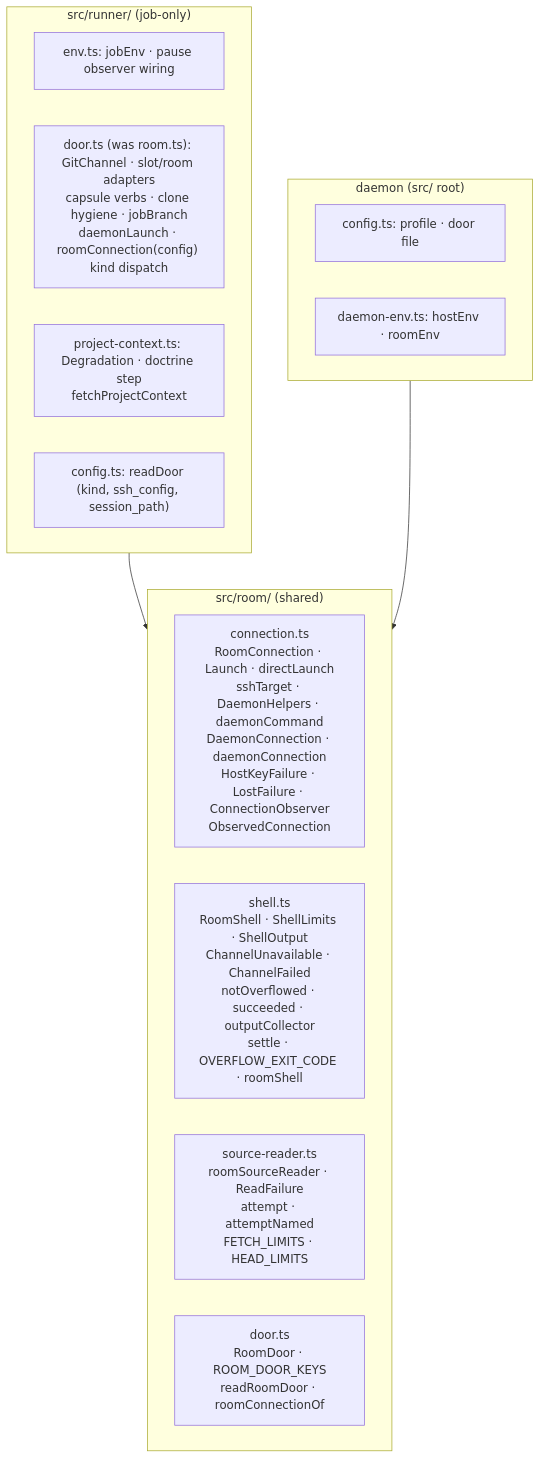
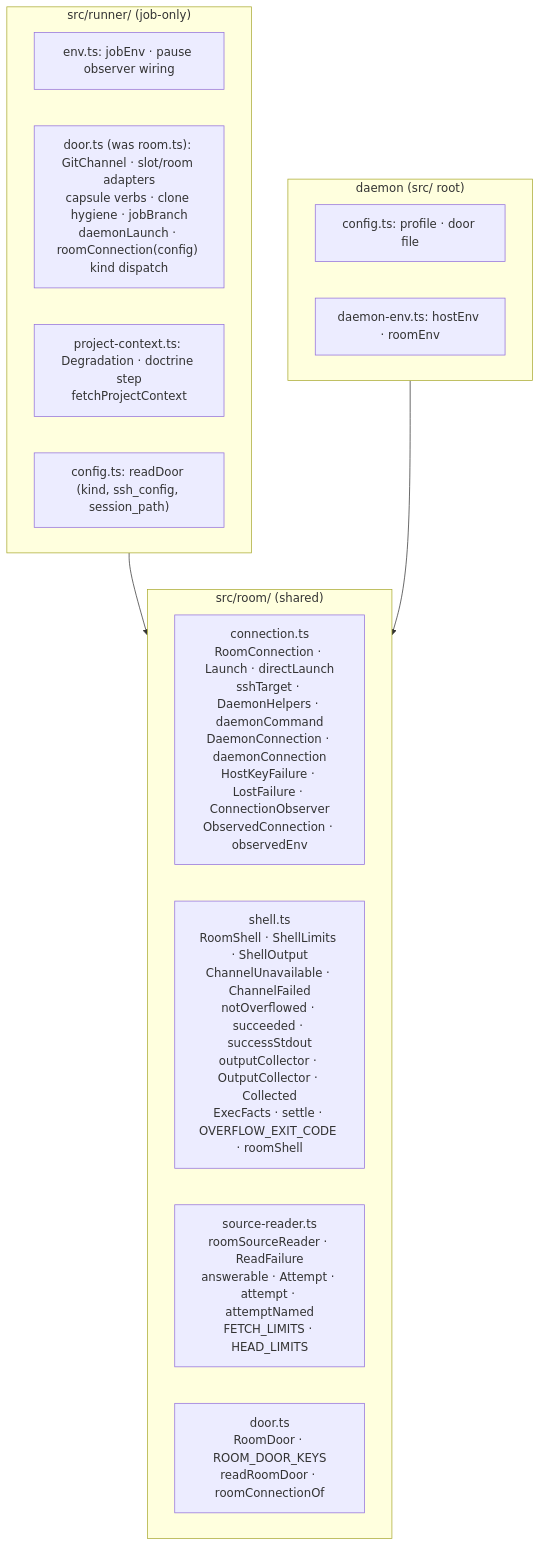
The second of 3 diagrams in .doctrine/slice/027/design.md (davidlee/satan), drawn with Mermaid before and after one commit. The commit also changed other lines of this file and 19 other files, not shown here.

````diff
--- a/.doctrine/slice/027/design.md
+++ b/.doctrine/slice/027/design.md
@@ -187,21 +187,21 @@
 ```mermaid
 flowchart TB
   subgraph roomtier["src/room/ (shared)"]
-    conn["connection.ts<br/>RoomConnection · Launch · directLaunch<br/>sshTarget · DaemonHelpers · daemonCommand<br/>DaemonConnection · daemonConnection<br/>HostKeyFailure · LostFailure · ConnectionObserver<br/>ObservedConnection"]
-    shell["shell.ts<br/>RoomShell · ShellLimits · ShellOutput<br/>ChannelUnavailable · ChannelFailed<br/>notOverflowed · succeeded · outputCollector<br/>settle · OVERFLOW_EXIT_CODE · roomShell"]
-    reader["source-reader.ts<br/>roomSourceReader · ReadFailure<br/>attempt · attemptNamed<br/>FETCH_LIMITS · HEAD_LIMITS"]
+    conn["connection.ts<br/>RoomConnection · Launch · directLaunch<br/>sshTarget · DaemonHelpers · daemonCommand<br/>DaemonConnection · daemonConnection<br/>HostKeyFailure · LostFailure · ConnectionObserver<br/>ObservedConnection · observedEnv"]
+    shell["shell.ts<br/>RoomShell · ShellLimits · ShellOutput<br/>ChannelUnavailable · ChannelFailed<br/>notOverflowed · succeeded · successStdout<br/>outputCollector · OutputCollector · Collected<br/>ExecFacts · settle · OVERFLOW_EXIT_CODE · roomShell"]
+    reader["source-reader.ts<br/>roomSourceReader · ReadFailure<br/>answerable · Attempt · attempt · attemptNamed<br/>FETCH_LIMITS · HEAD_LIMITS"]
     door["door.ts<br/>RoomDoor · ROOM_DOOR_KEYS<br/>readRoomDoor · roomConnectionOf"]
   end
   subgraph runner["src/runner/ (job-only)"]
     env["env.ts: jobEnv · pause observer wiring"]
     rdoor["door.ts (was room.ts): GitChannel · slot/room adapters<br/>capsule verbs · clone hygiene · jobBranch<br/>daemonLaunch · roomConnection(config) kind dispatch"]
     rpc["project-context.ts: Degradation · doctrine step<br/>fetchProjectContext"]
     rcfg["config.ts: readDoor (kind, ssh_config, session_path)"]
   end
   subgraph daemon["daemon (src/ root)"]
     cfg["config.ts: profile · door file"]
     denv["daemon-env.ts: hostEnv · roomEnv"]
   end
   runner --> roomtier
   daemon --> roomtier
 ```
````
